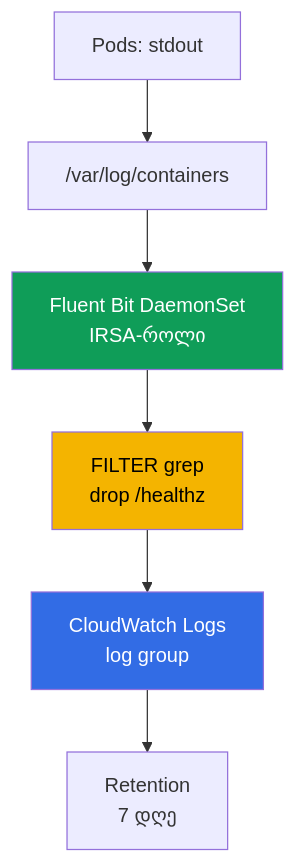
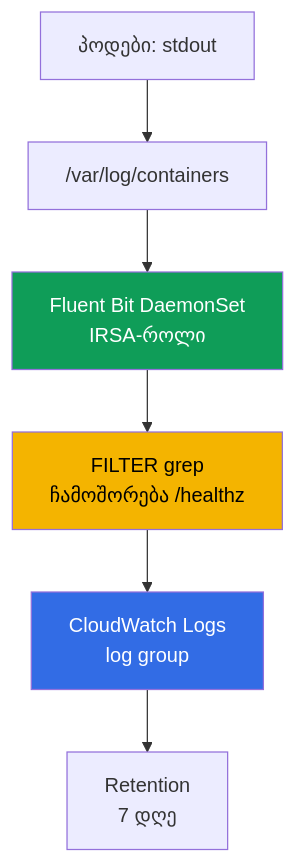
One commit to ViktorUJ/cks changed the first of 2 diagrams in tasks/eks/labs/115/README_GE.MD. Above: the diagram before and after it, drawn with Mermaid. The commit also changed 221 other files, not shown here.

````diff
--- a/tasks/eks/labs/115/README_GE.MD
+++ b/tasks/eks/labs/115/README_GE.MD
@@ -46,13 +46,13 @@
 ```mermaid
 flowchart TB
-    app["Pods: stdout"]
+    app["პოდები: stdout"]
     files["/var/log/containers"]
     fb["Fluent Bit DaemonSet<br>IRSA-როლი"]
-    filt["FILTER grep<br>drop /healthz"]
+    filt["FILTER grep<br>ჩამოშორება /healthz"]
     cw["CloudWatch Logs<br>log group"]
     ret["Retention<br>7 დღე"]
     app --> files --> fb --> filt --> cw --> ret
     style fb fill:#0f9d58,color:#fff
     style filt fill:#f4b400,color:#000
     style cw fill:#326ce5,color:#fff
 ```
````
